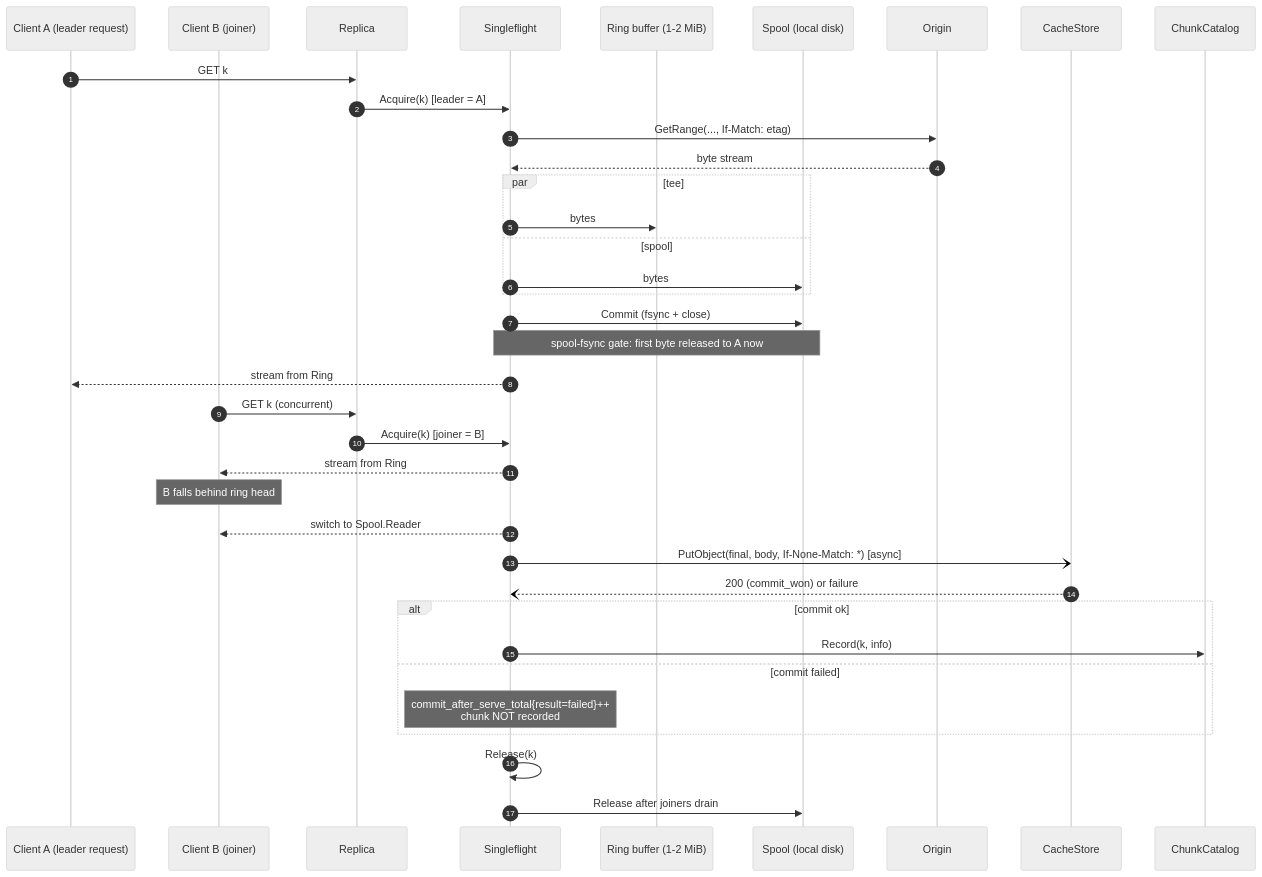
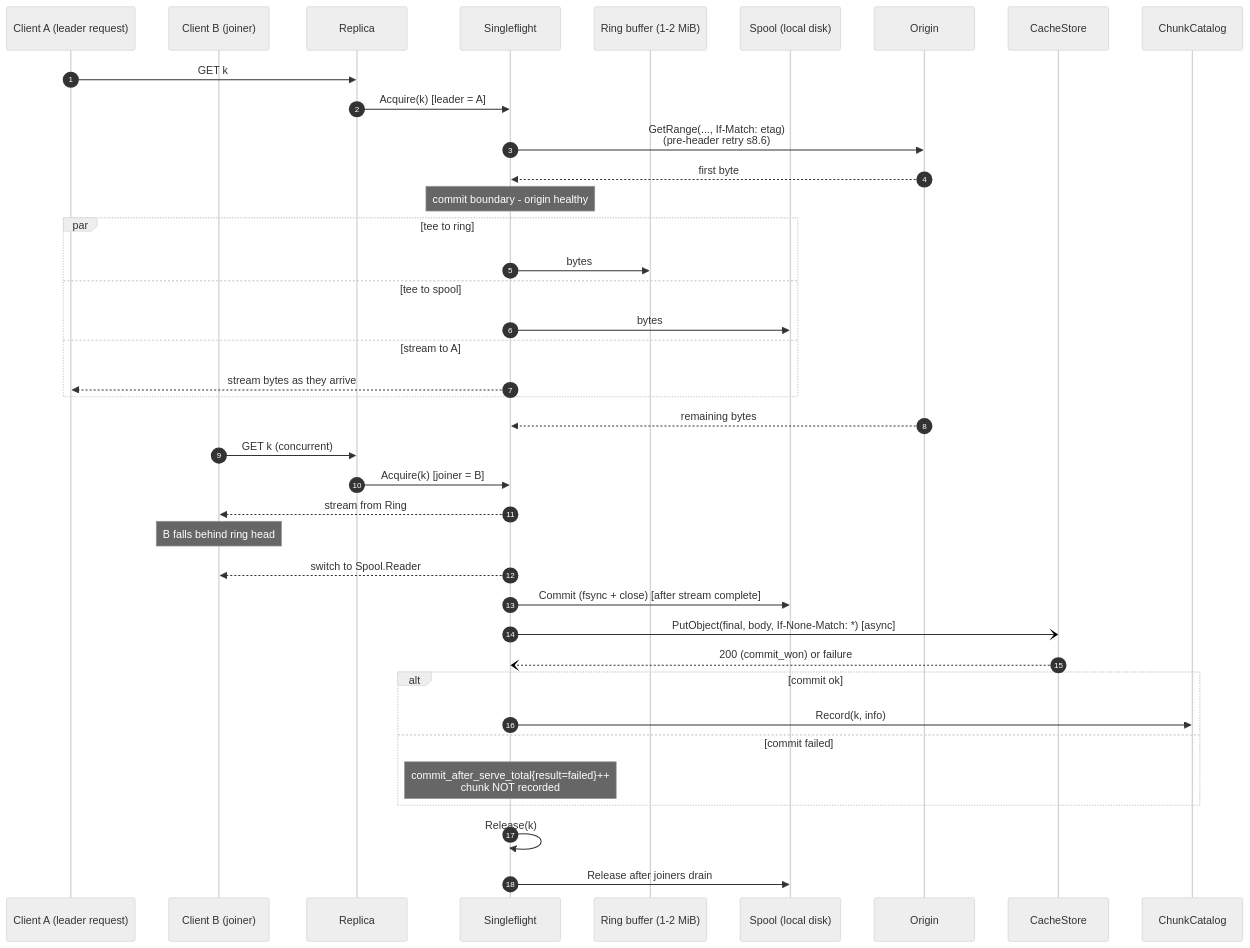
The fifth of 13 diagrams in designdocs/origincache/design.md (Azure/unbounded), drawn with Mermaid (neutral theme) before and after one commit. The commit also changed other lines of this file and 2 other files, not shown here.

````diff
--- a/designdocs/origincache/design.md
+++ b/designdocs/origincache/design.md
@@ -1046,39 +1082,41 @@
 ```mermaid
 sequenceDiagram
     autonumber
     participant A as Client A (leader request)
     participant B as Client B (joiner)
     participant R as Replica
     participant SF as Singleflight
     participant Ring as Ring buffer (1-2 MiB)
     participant Sp as Spool (local disk)
     participant O as Origin
     participant CS as CacheStore
     participant Cat as ChunkCatalog
     A->>R: GET k
     R->>SF: Acquire(k) [leader = A]
-    SF->>O: GetRange(..., If-Match: etag)
-    O-->>SF: byte stream
-    par tee
+    SF->>O: GetRange(..., If-Match: etag)<br/>(pre-header retry s8.6)
+    O-->>SF: first byte
+    Note over SF: commit boundary - origin healthy
+    par tee to ring
         SF->>Ring: bytes
-    and spool
+    and tee to spool
         SF->>Sp: bytes
+    and stream to A
+        SF-->>A: stream bytes as they arrive
     end
-    SF->>Sp: Commit (fsync + close)
-    Note over SF,Sp: spool-fsync gate: first byte released to A now
-    SF-->>A: stream from Ring
+    O-->>SF: remaining bytes
     B->>R: GET k (concurrent)
     R->>SF: Acquire(k) [joiner = B]
     SF-->>B: stream from Ring
     Note over B: B falls behind ring head
     SF-->>B: switch to Spool.Reader
+    SF->>Sp: Commit (fsync + close) [after stream complete]
     SF-)CS: PutObject(final, body, If-None-Match: *) [async]
     CS--)SF: 200 (commit_won) or failure
     alt commit ok
         SF->>Cat: Record(k, info)
     else commit failed
         Note over SF: commit_after_serve_total{result=failed}++<br/>chunk NOT recorded
     end
     SF->>SF: Release(k)
     SF->>Sp: Release after joiners drain
 ```
````
